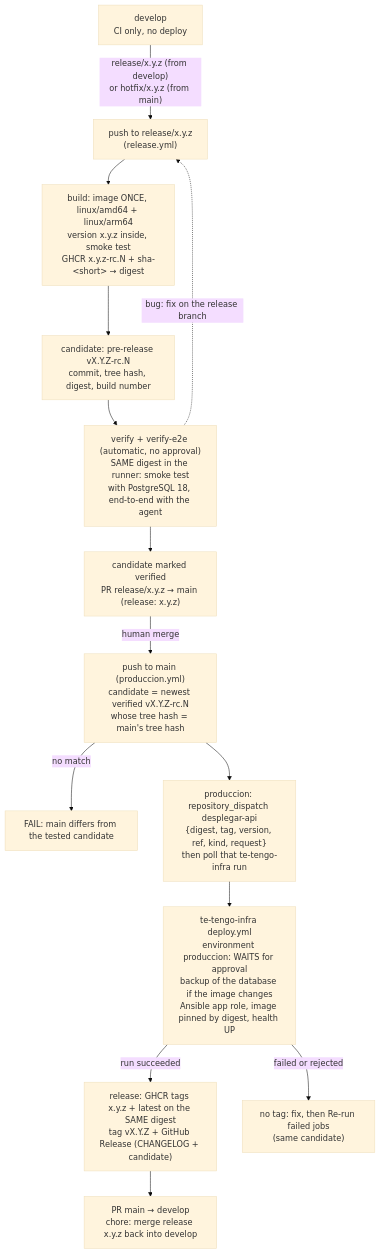
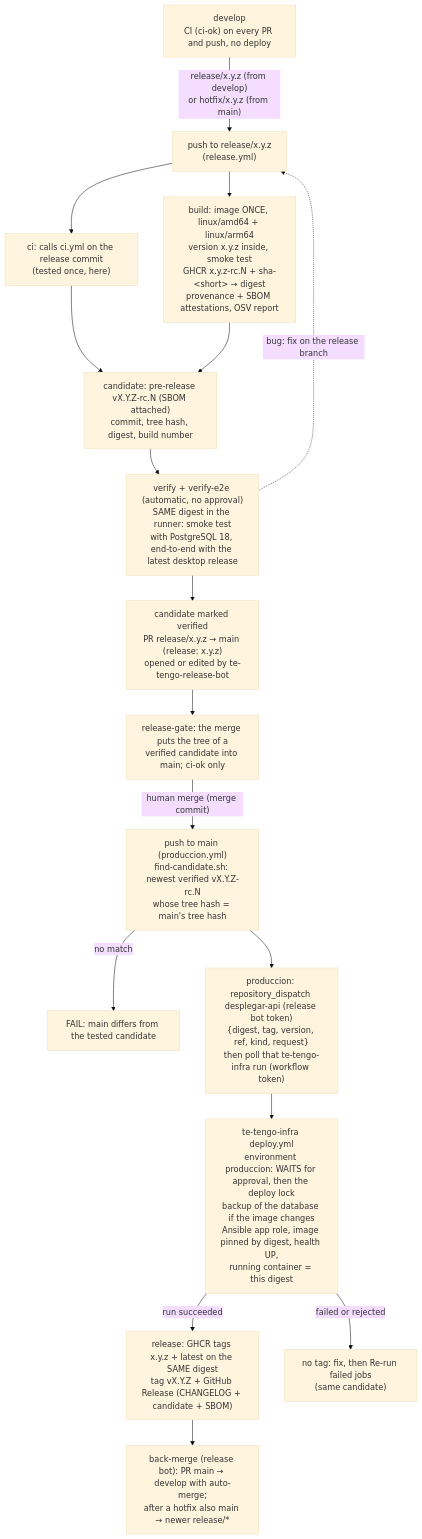
Before and after one commit to Te-Tengo-Tech/te-tengo-general-api: the diagram in docs/DEPLOYMENT.md, drawn with Mermaid (base theme). The commit also changed other lines of this file and 4 other files, not shown here.

Commit message:
docs: describe the release gate, the release bot and the rollback rehearsal

````diff
--- a/docs/DEPLOYMENT.md
+++ b/docs/DEPLOYMENT.md
@@ -65,16 +65,19 @@
 ```mermaid
 flowchart TD
-  dev["develop<br/>CI only, no deploy"] -->|"release/x.y.z (from develop)<br/>or hotfix/x.y.z (from main)"| push["push to release/x.y.z<br/>(release.yml)"]
-  push --> build["build: image ONCE, linux/amd64 + linux/arm64<br/>version x.y.z inside, smoke test<br/>GHCR x.y.z-rc.N + sha-&lt;short&gt; → digest"]
-  build --> cand["candidate: pre-release vX.Y.Z-rc.N<br/>commit, tree hash, digest, build number"]
-  cand --> verify["verify + verify-e2e (automatic, no approval)<br/>SAME digest in the runner: smoke test<br/>with PostgreSQL 18, end-to-end with the agent"]
-  verify --> pr["candidate marked verified<br/>PR release/x.y.z → main (release: x.y.z)"]
+  dev["develop<br/>CI (ci-ok) on every PR and push, no deploy"] -->|"release/x.y.z (from develop)<br/>or hotfix/x.y.z (from main)"| push["push to release/x.y.z<br/>(release.yml)"]
+  push --> ci["ci: calls ci.yml on the release commit<br/>(tested once, here)"]
+  push --> build["build: image ONCE, linux/amd64 + linux/arm64<br/>version x.y.z inside, smoke test<br/>GHCR x.y.z-rc.N + sha-&lt;short&gt; → digest<br/>provenance + SBOM attestations, OSV report"]
+  ci --> cand
+  build --> cand["candidate: pre-release vX.Y.Z-rc.N (SBOM attached)<br/>commit, tree hash, digest, build number"]
+  cand --> verify["verify + verify-e2e (automatic, no approval)<br/>SAME digest in the runner: smoke test<br/>with PostgreSQL 18, end-to-end with the latest desktop release"]
+  verify --> pr["candidate marked verified<br/>PR release/x.y.z → main (release: x.y.z)<br/>opened or edited by te-tengo-release-bot"]
   verify -.->|"bug: fix on the release branch"| push
-  pr -->|"human merge"| main["push to main (produccion.yml)<br/>candidate = newest verified vX.Y.Z-rc.N<br/>whose tree hash = main's tree hash"]
+  pr --> gate["release-gate: the merge puts the tree of a<br/>verified candidate into main; ci-ok only"]
+  gate -->|"human merge (merge commit)"| main["push to main (produccion.yml)<br/>find-candidate.sh: newest verified vX.Y.Z-rc.N<br/>whose tree hash = main's tree hash"]
   main -->|"no match"| stop["FAIL: main differs from the tested candidate"]
-  main --> disp["produccion: repository_dispatch desplegar-api<br/>{digest, tag, version, ref, kind, request}<br/>then poll that te-tengo-infra run"]
-  disp --> infra["te-tengo-infra deploy.yml<br/>environment produccion: WAITS for approval<br/>backup of the database if the image changes<br/>Ansible app role, image pinned by digest, health UP"]
-  infra -->|"run succeeded"| rel["release: GHCR tags x.y.z + latest on the SAME digest<br/>tag vX.Y.Z + GitHub Release (CHANGELOG + candidate)"]
+  main --> disp["produccion: repository_dispatch desplegar-api (release bot token)<br/>{digest, tag, version, ref, kind, request}<br/>then poll that te-tengo-infra run (workflow token)"]
+  disp --> infra["te-tengo-infra deploy.yml<br/>environment produccion: WAITS for approval, then the deploy lock<br/>backup of the database if the image changes<br/>Ansible app role, image pinned by digest, health UP,<br/>running container = this digest"]
+  infra -->|"run succeeded"| rel["release: GHCR tags x.y.z + latest on the SAME digest<br/>tag vX.Y.Z + GitHub Release (CHANGELOG + candidate + SBOM)"]
   infra -->|"failed or rejected"| notag["no tag: fix, then Re-run failed jobs<br/>(same candidate)"]
-  rel --> back["PR main → develop<br/>chore: merge release x.y.z back into develop"]
+  rel --> back["back-merge (release bot): PR main → develop with auto-merge;<br/>after a hotfix also main → newer release/*"]
 ```
````
